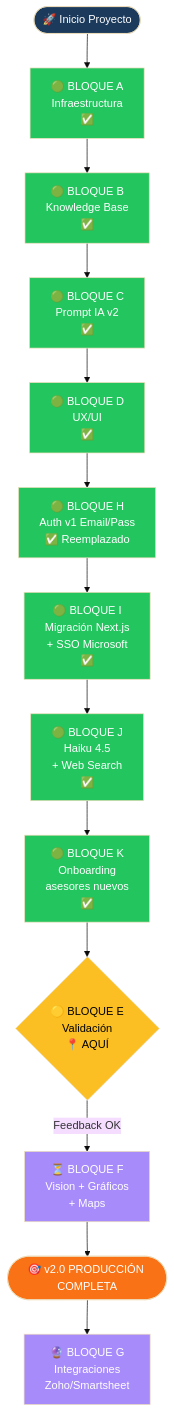
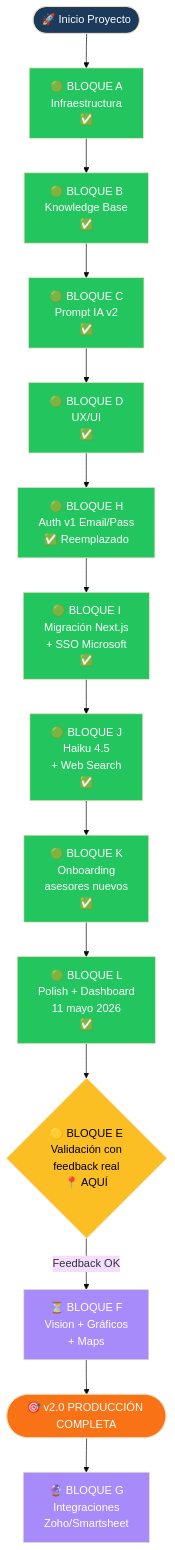
The second of 10 diagrams in ROADMAP.md (JnSbstnRivera/WINDMAR-AI-AGENT), drawn with Mermaid (base theme) before and after one commit. The commit also changed other lines of this file and 2 other files, not shown here.

First line of the commit message:
feat: dashboard default 'Todo' + toolbar sticky + ROADMAP v3

````diff
--- a/ROADMAP.md
+++ b/ROADMAP.md
@@ -62,30 +72,32 @@
 ```mermaid
 flowchart TD
     Start([🚀 Inicio Proyecto]) --> A
     A[🟢 BLOQUE A<br/>Infraestructura<br/>✅]
     A --> B[🟢 BLOQUE B<br/>Knowledge Base<br/>✅]
     B --> C[🟢 BLOQUE C<br/>Prompt IA v2<br/>✅]
     C --> D[🟢 BLOQUE D<br/>UX/UI<br/>✅]
     D --> H[🟢 BLOQUE H<br/>Auth v1 Email/Pass<br/>✅ Reemplazado]
     H --> I[🟢 BLOQUE I<br/>Migración Next.js<br/>+ SSO Microsoft<br/>✅]
     I --> J[🟢 BLOQUE J<br/>Haiku 4.5<br/>+ Web Search<br/>✅]
     J --> K[🟢 BLOQUE K<br/>Onboarding<br/>asesores nuevos<br/>✅]
-    K --> E{🟡 BLOQUE E<br/>Validación<br/>📍 AQUÍ}
+    K --> L[🟢 BLOQUE L<br/>Polish + Dashboard<br/>11 mayo 2026<br/>✅]
+    L --> E{🟡 BLOQUE E<br/>Validación con<br/>feedback real<br/>📍 AQUÍ}
     E -->|Feedback OK| F[⏳ BLOQUE F<br/>Vision + Gráficos<br/>+ Maps]
     F --> V1([🎯 v2.0 PRODUCCIÓN COMPLETA])
     V1 --> G[🔮 BLOQUE G<br/>Integraciones<br/>Zoho/Smartsheet]
 
     style A fill:#22c55e,color:#fff
     style B fill:#22c55e,color:#fff
     style C fill:#22c55e,color:#fff
     style D fill:#22c55e,color:#fff
     style H fill:#22c55e,color:#fff
     style I fill:#22c55e,color:#fff
     style J fill:#22c55e,color:#fff
     style K fill:#22c55e,color:#fff
+    style L fill:#22c55e,color:#fff
     style E fill:#fbbf24,color:#000
     style F fill:#a78bfa,color:#fff
     style G fill:#a78bfa,color:#fff
     style V1 fill:#f97316,color:#fff
     style Start fill:#1B3A5C,color:#fff
 ```
````
